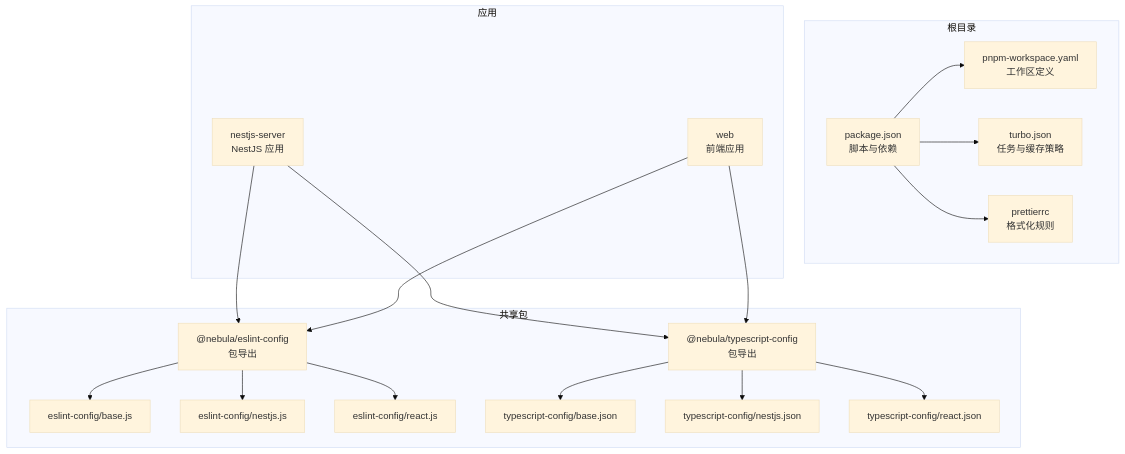
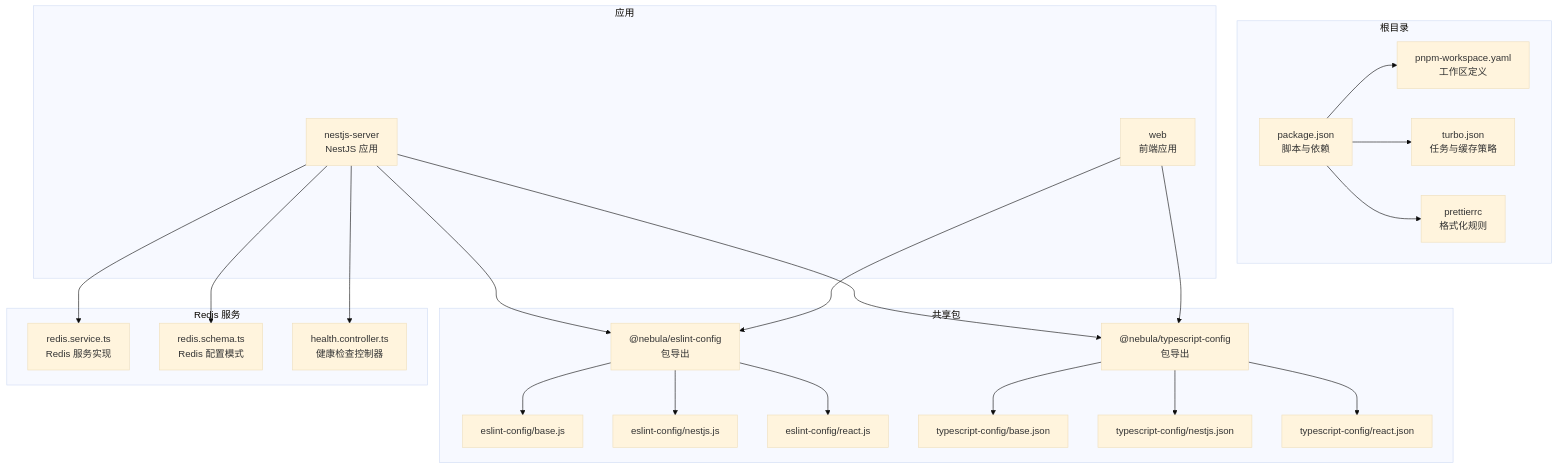
One commit to translateServers/nodes-stack changed the first of 7 diagrams in .qoder/repowiki/zh/content/开发工具/开发工具.md. Above: the diagram before and after it, drawn with Mermaid (base theme). The commit also changed other lines of this file and 4 other files, not shown here.

````diff
--- a/.qoder/repowiki/zh/content/开发工具/开发工具.md
+++ b/.qoder/repowiki/zh/content/开发工具/开发工具.md
@@ -50,36 +62,44 @@
 ```mermaid
 graph TB
 subgraph "根目录"
 pkg["package.json<br/>脚本与依赖"]
 ws["pnpm-workspace.yaml<br/>工作区定义"]
 turbo["turbo.json<br/>任务与缓存策略"]
 prettier["prettierrc<br/>格式化规则"]
 end
 subgraph "应用"
 nest["nestjs-server<br/>NestJS 应用"]
 web["web<br/>前端应用"]
 end
 subgraph "共享包"
 eslintpkg["@nebula/eslint-config<br/>包导出"]
 eslintbase["eslint-config/base.js"]
 eslintnestjs["eslint-config/nestjs.js"]
 eslintreact["eslint-config/react.js"]
 tscpkg["@nebula/typescript-config<br/>包导出"]
 tsbase["typescript-config/base.json"]
 tsnest["typescript-config/nestjs.json"]
 tsweb["typescript-config/react.json"]
 end
+subgraph "Redis 服务"
+redisSvc["redis.service.ts<br/>Redis 服务实现"]
+redisCfg["redis.schema.ts<br/>Redis 配置模式"]
+healthCtl["health.controller.ts<br/>健康检查控制器"]
+end
 pkg --> ws
 pkg --> turbo
 pkg --> prettier
 nest --> eslintpkg
 web --> eslintpkg
 nest --> tscpkg
 web --> tscpkg
+nest --> redisSvc
+nest --> redisCfg
+nest --> healthCtl
 eslintpkg --> eslintbase
 eslintpkg --> eslintnestjs
 eslintpkg --> eslintreact
 tscpkg --> tsbase
 tscpkg --> tsnest
 tscpkg --> tsweb
 ```
````
